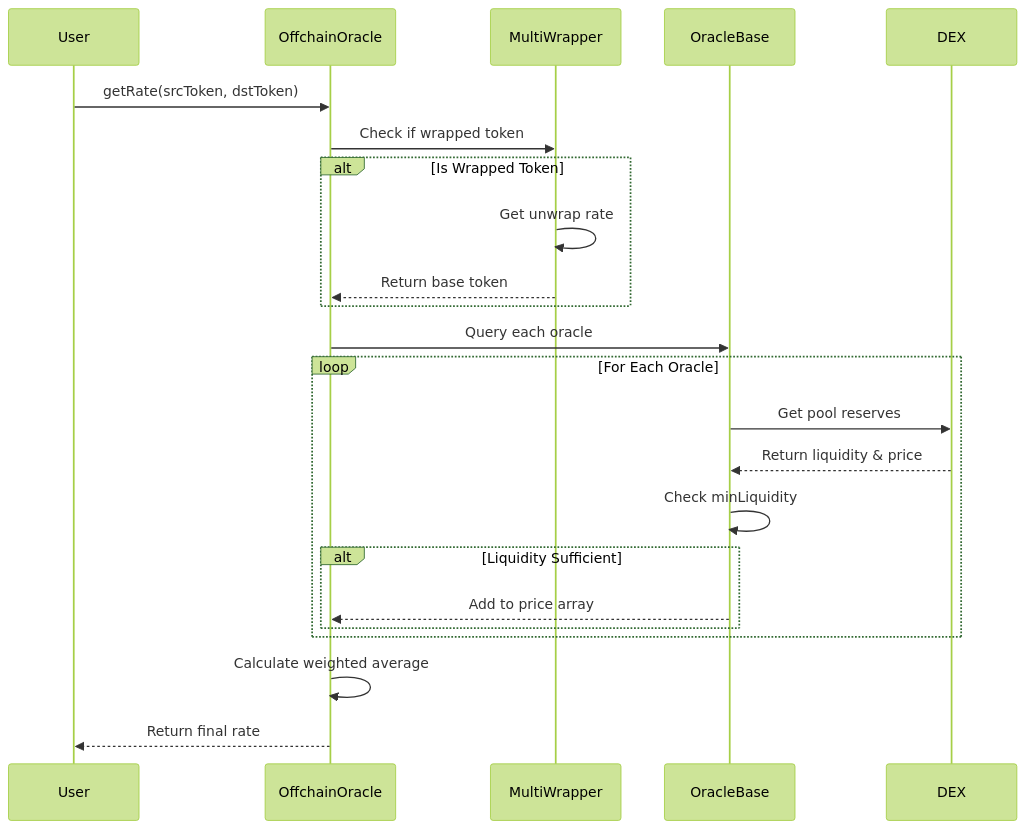
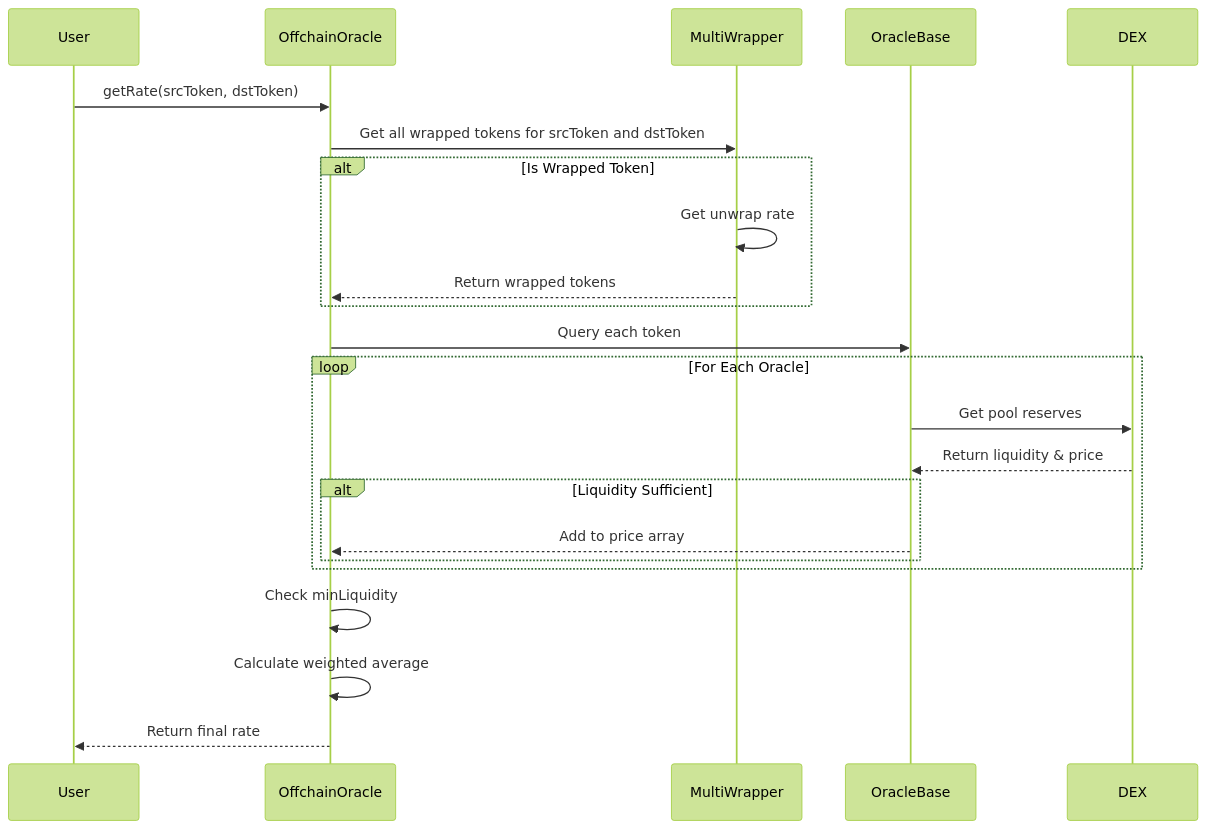
One commit to 1inch/spot-price-aggregator changed the second of 2 diagrams in description.md. Above: the diagram before and after it, drawn with Mermaid (forest theme). The commit also changed other lines of this file, not shown here.

````diff
--- a/description.md
+++ b/description.md
@@ -125,31 +124,31 @@
 ```mermaid
 sequenceDiagram
     participant User
     participant OffchainOracle
     participant MultiWrapper
     participant OracleBase
     participant DEX
     
     User->>OffchainOracle: getRate(srcToken, dstToken)
-    OffchainOracle->>MultiWrapper: Check if wrapped token
+    OffchainOracle->>MultiWrapper: Get all wrapped tokens for srcToken and dstToken
     
     alt Is Wrapped Token
         MultiWrapper->>MultiWrapper: Get unwrap rate
-        MultiWrapper-->>OffchainOracle: Return base token
+        MultiWrapper-->>OffchainOracle: Return wrapped tokens
     end
     
-    OffchainOracle->>OracleBase: Query each oracle
+    OffchainOracle->>OracleBase: Query each token
     
     loop For Each Oracle
         OracleBase->>DEX: Get pool reserves
         DEX-->>OracleBase: Return liquidity & price
-        OracleBase->>OracleBase: Check minLiquidity
         
         alt Liquidity Sufficient
             OracleBase-->>OffchainOracle: Add to price array
         end
     end
     
+    OffchainOracle->>OffchainOracle: Check minLiquidity
     OffchainOracle->>OffchainOracle: Calculate weighted average
     OffchainOracle-->>User: Return final rate
 ```
````
